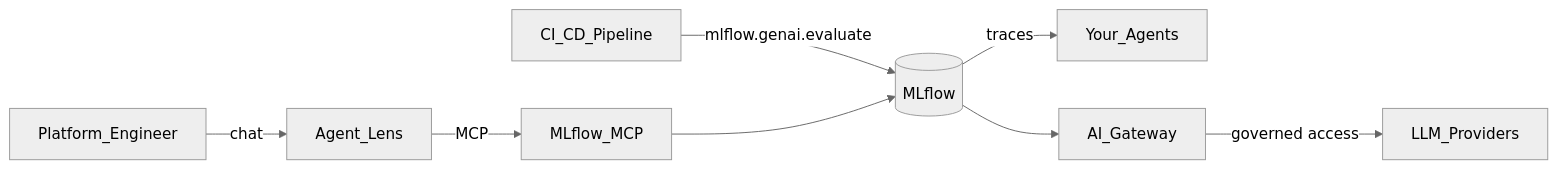
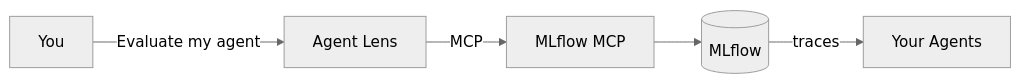
One commit to rrbanda/agent-lens changed the diagram in README.md. Above: the diagram before and after it, drawn with Mermaid. The commit also changed other lines of this file and 2 other files, not shown here.

````diff
--- a/README.md
+++ b/README.md
@@ -220,11 +72,8 @@
 ```mermaid
 %%{init: {'theme': 'neutral'}}%%
 graph LR
-    User[Platform_Engineer] -->|chat| AL[Agent_Lens]
-    CICD[CI_CD_Pipeline] -->|mlflow.genai.evaluate| MLflow
-    AL -->|MCP| MCP[MLflow_MCP]
+    You -->|"Evaluate my agent"| AL[Agent Lens]
+    AL -->|MCP| MCP[MLflow MCP]
     MCP --> MLflow[(MLflow)]
-    MLflow -->|traces| Agents[Your_Agents]
-    MLflow --> GW[AI_Gateway]
-    GW -->|governed access| LLMs[LLM_Providers]
+    MLflow -->|traces| Agents[Your Agents]
 ```
````
